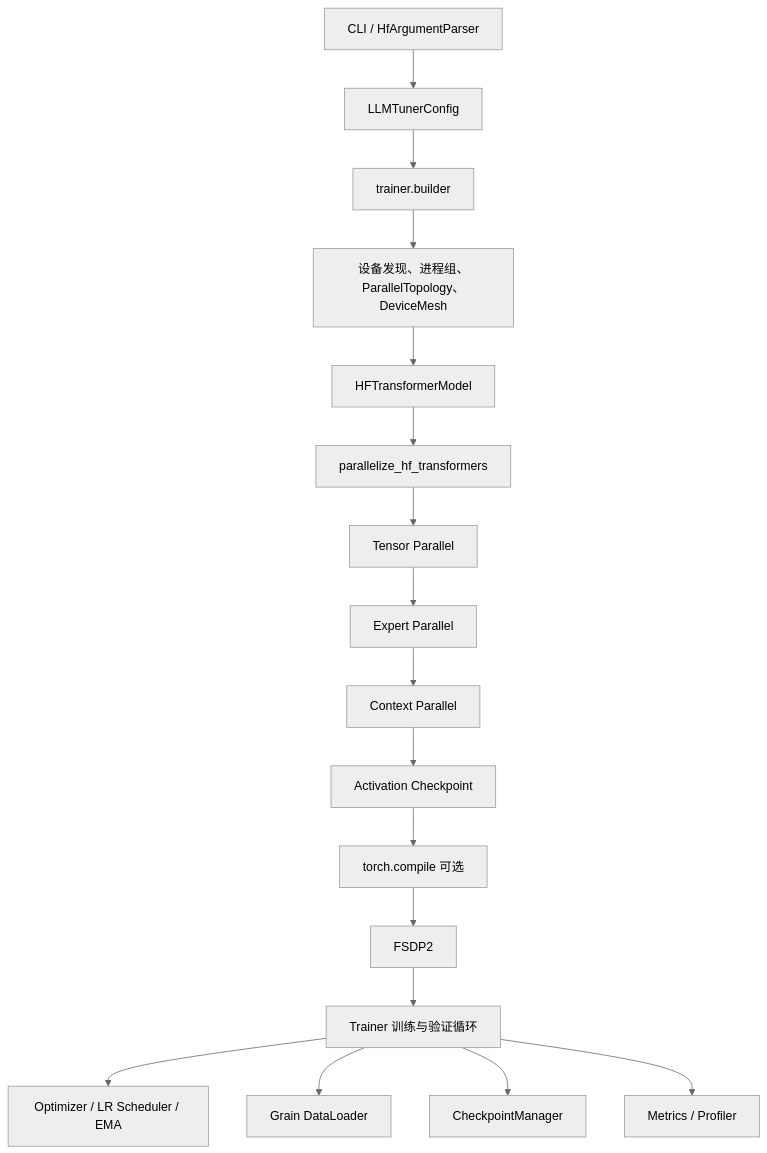
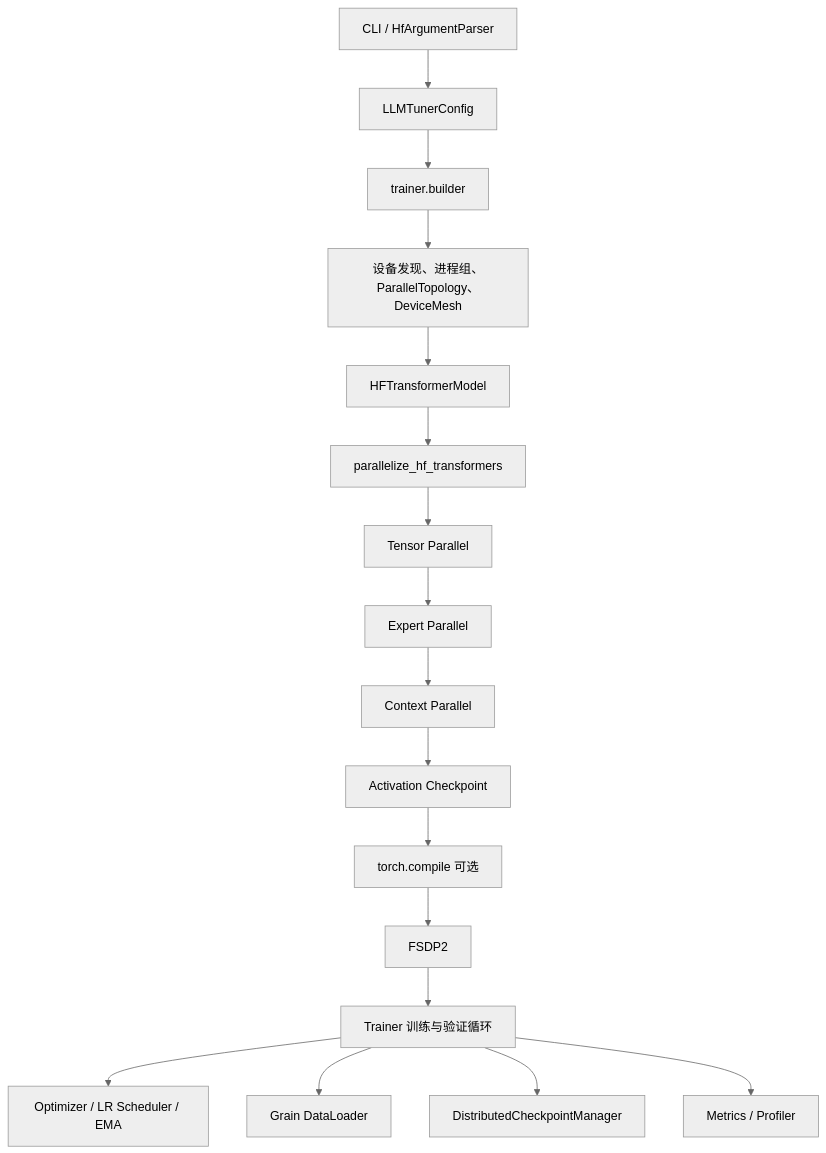
Before and after one commit to jianzhnie/TorchLLMTuner: the diagram in docs/introduction.md, drawn with Mermaid (neutral theme). The commit also changed 24 other files, not shown here.

````diff
--- a/docs/introduction.md
+++ b/docs/introduction.md
@@ -70,19 +70,19 @@
 ```mermaid
 flowchart TD
     CLI[CLI / HfArgumentParser] --> CFG[LLMTunerConfig]
     CFG --> BUILD[trainer.builder]
     BUILD --> DIST[设备发现、进程组、ParallelTopology、DeviceMesh]
     DIST --> MODEL[HFTransformerModel]
     MODEL --> PAR[parallelize_hf_transformers]
     PAR --> TP[Tensor Parallel]
     TP --> EP[Expert Parallel]
     EP --> CP[Context Parallel]
     CP --> AC[Activation Checkpoint]
     AC --> COMPILE[torch.compile 可选]
     COMPILE --> FSDP[FSDP2]
     FSDP --> RUNTIME[Trainer 训练与验证循环]
     RUNTIME --> OPT[Optimizer / LR Scheduler / EMA]
     RUNTIME --> DATA[Grain DataLoader]
-    RUNTIME --> CKPT[CheckpointManager]
+    RUNTIME --> CKPT[DistributedCheckpointManager]
     RUNTIME --> METRICS[Metrics / Profiler]
 ```
````
